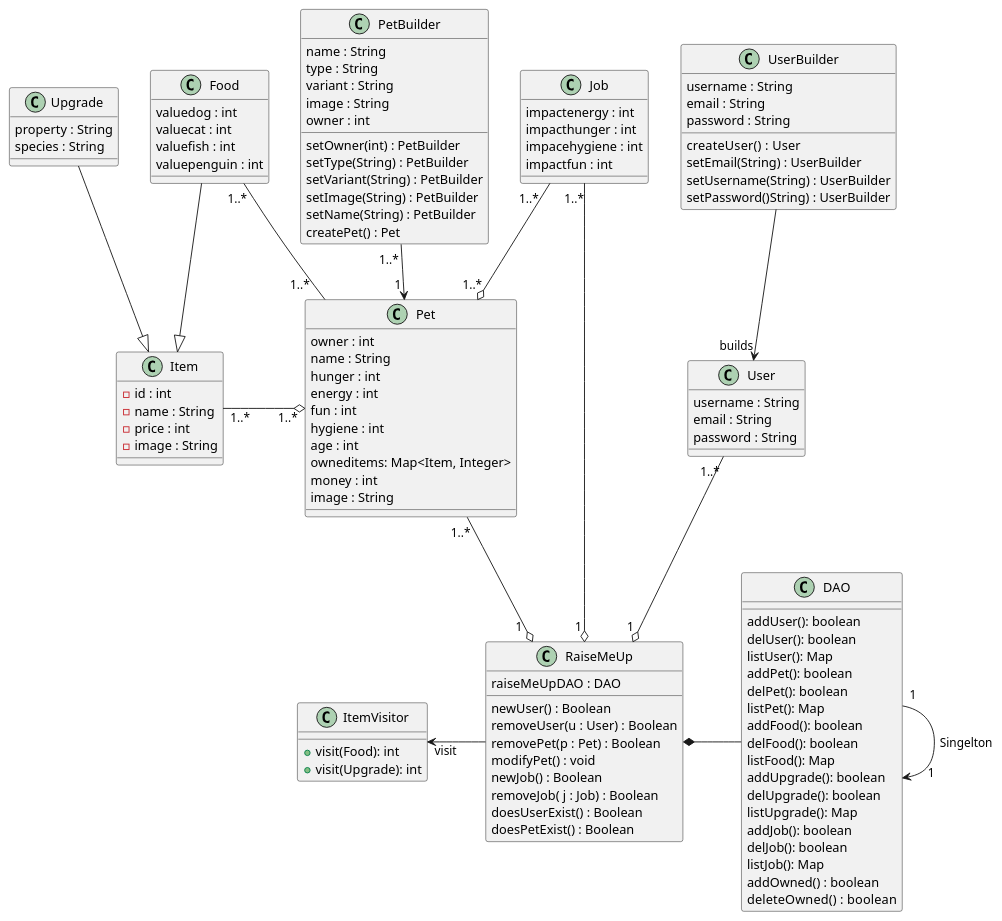
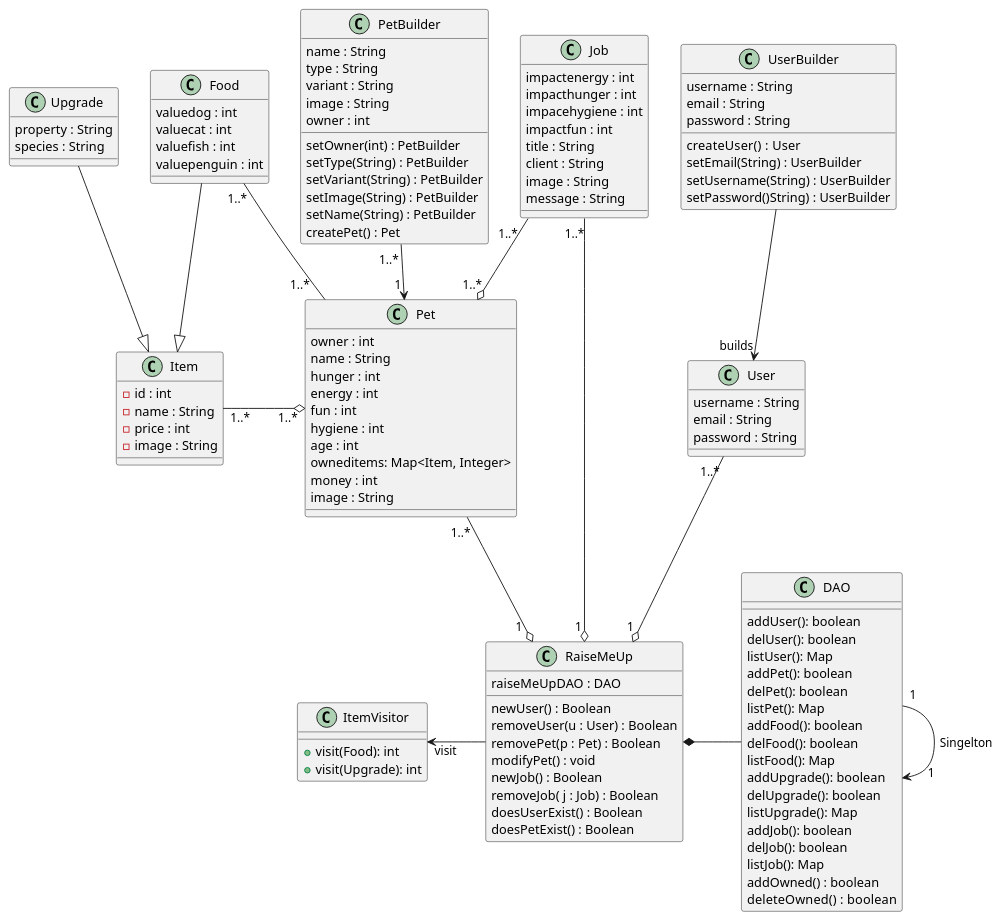
One commit to sh4r10/thesis-autogen-classdiagrams changed the diagram in artefacts/human-diagrams/p2.puml. Above: the diagram before and after it, drawn with PlantUML.

Commit message:
added attributes to Job p2.puml

```diff
--- a/artefacts/human-diagrams/p2.puml
+++ b/artefacts/human-diagrams/p2.puml
@@ -1,122 +1,126 @@
 @startuml
 class PetBuilder {
     name : String
     type : String
     variant : String
     image : String
     owner : int
 
     setOwner(int) : PetBuilder
     setType(String) : PetBuilder
     setVariant(String) : PetBuilder
     setImage(String) : PetBuilder
     setName(String) : PetBuilder
     createPet() : Pet
 }
 
 class Pet {
     owner : int
     name : String
     hunger : int
     energy : int
     fun : int
     hygiene : int
     age : int
     owneditems: Map<Item, Integer>
     money : int
     image : String
 }
 class User {
     username : String
     email : String
     password : String
 }
 class UserBuilder {
     username : String
     email : String
     password : String
 
     createUser() :  User
     setEmail(String) : UserBuilder
     setUsername(String) : UserBuilder
     setPassword()String) : UserBuilder
 }
 
 class Job {
     impactenergy : int
     impacthunger : int
     impacehygiene : int
     impactfun : int
+    title : String
+    client : String
+    image : String
+    message : String
 }
 class Food{
     valuedog : int
     valuecat : int
     valuefish : int
     valuepenguin : int
 }
 class Upgrade{
     property : String
     species : String
 }
 class Item {
     -id : int
     -name : String
     -price : int
     -image : String
 }
 class ItemVisitor {
     +visit(Food): int
     +visit(Upgrade): int
 }
 
 class RaiseMeUp {
     raiseMeUpDAO : DAO
     newUser() : Boolean
     removeUser(u : User) : Boolean
     removePet(p : Pet) : Boolean
     modifyPet() : void
     newJob() : Boolean
     removeJob( j : Job) : Boolean
     doesUserExist() : Boolean
     doesPetExist() : Boolean
 }
 
 class DAO {
     addUser(): boolean
     delUser(): boolean
     listUser(): Map
     addPet(): boolean
     delPet(): boolean
     listPet(): Map
     addFood(): boolean
     delFood(): boolean
     listFood(): Map
     addUpgrade(): boolean
     delUpgrade(): boolean
     listUpgrade(): Map
     addJob(): boolean
     delJob(): boolean
     listJob(): Map
     addOwned() : boolean
     deleteOwned() :  boolean
 }
 Upgrade -[hidden] Food
 
 Food --|> Item
 Upgrade --|> Item
 
 PetBuilder "1..* " --> "1 " Pet
 UserBuilder -d-> "builds" User
 
 Job "1..*  " --o "1..*"Pet
 Item "1..*" -r-o "1..*" Pet : \t\t
 RaiseMeUp -l-> "visit" ItemVisitor : \t
 Food "1..*"--"1..*   " Pet
 
 Job "1..*" --o "1 " RaiseMeUp
 User "1..*" --o "1 " RaiseMeUp
 Pet "1..*" --o "1  " RaiseMeUp
 
 DAO "1"--> "      1" DAO : "Singelton"
 DAO -l-* RaiseMeUp : \t
 @enduml
```
